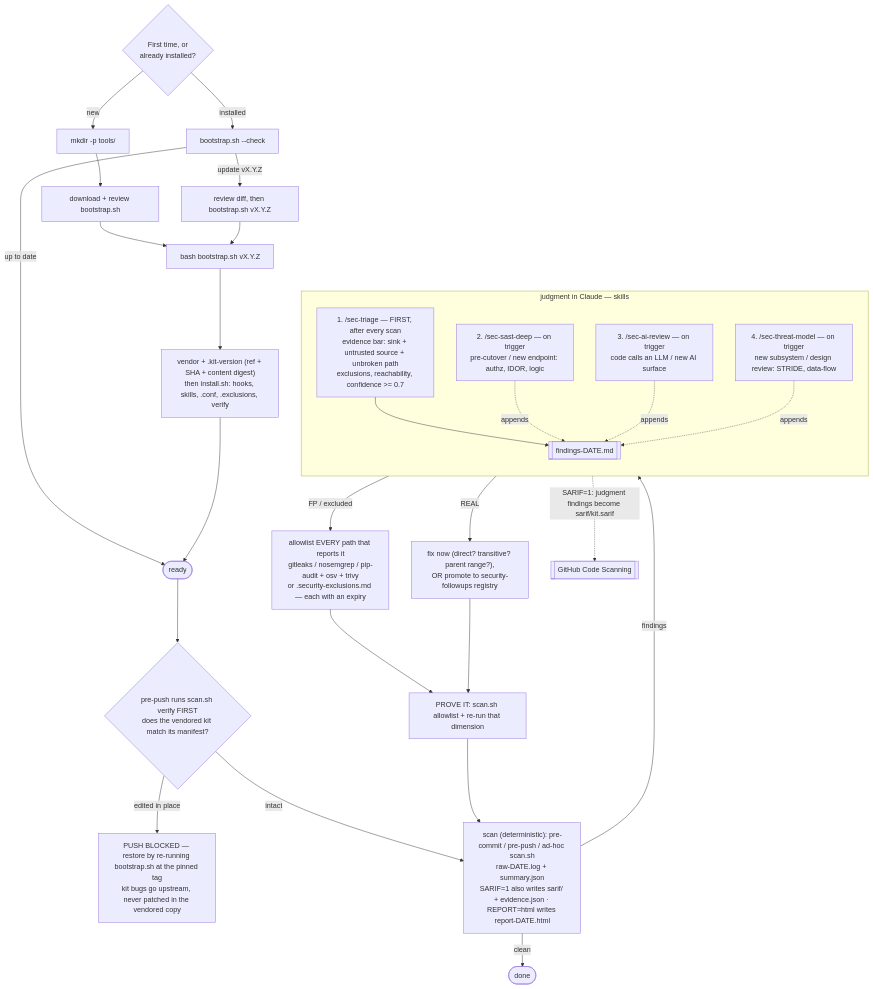
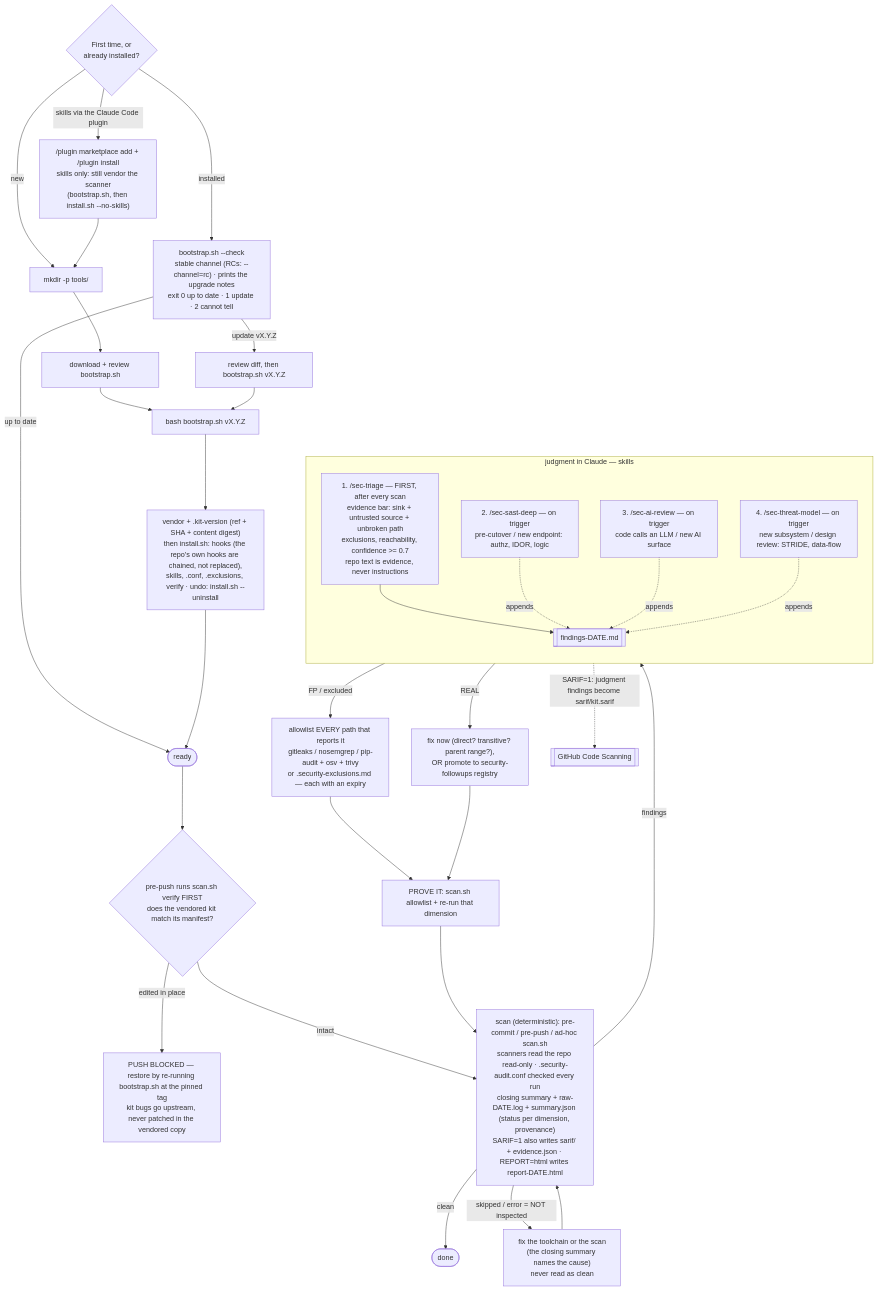
Before and after one commit to boraeresici/security-audit-kit: the diagram in README-tr.md, drawn with Mermaid. The commit also changed other lines of this file and 54 other files, not shown here.

````diff
--- a/README-tr.md
+++ b/README-tr.md
@@ -44,38 +50,42 @@
 ```mermaid
 flowchart TD
     Q{First time, or<br/>already installed?}
     Q -->|new| N1["mkdir -p tools/"]
+    Q -->|"skills via the Claude Code plugin"| PL["/plugin marketplace add + /plugin install<br/>skills only: still vendor the scanner<br/>(bootstrap.sh, then install.sh --no-skills)"]
+    PL --> N1
     N1 --> N2["download + review bootstrap.sh"]
     N2 --> B["bash bootstrap.sh vX.Y.Z"]
-    Q -->|installed| C["bootstrap.sh --check"]
+    Q -->|installed| C["bootstrap.sh --check<br/>stable channel (RCs: --channel=rc) · prints the upgrade notes<br/>exit 0 up to date · 1 update · 2 cannot tell"]
     C -->|up to date| R
     C -->|update vX.Y.Z| RV["review diff, then bootstrap.sh vX.Y.Z"]
     RV --> B
-    B --> I["vendor + .kit-version (ref + SHA + content digest)<br/>then install.sh: hooks, skills, .conf, .exclusions, verify"]
+    B --> I["vendor + .kit-version (ref + SHA + content digest)<br/>then install.sh: hooks (the repo's own hooks are chained, not replaced),<br/>skills, .conf, .exclusions, verify · undo: install.sh --uninstall"]
     I --> R(["ready"])
 
     R --> V{"pre-push runs scan.sh verify FIRST<br/>does the vendored kit match its manifest?"}
     V -->|"edited in place"| VX["PUSH BLOCKED — restore by re-running bootstrap.sh at the pinned tag<br/>kit bugs go upstream, never patched in the vendored copy"]
-    V -->|intact| S["scan (deterministic): pre-commit / pre-push / ad-hoc scan.sh<br/>raw-DATE.log + summary.json<br/>SARIF=1 also writes sarif/ + evidence.json · REPORT=html writes report-DATE.html"]
+    V -->|intact| S["scan (deterministic): pre-commit / pre-push / ad-hoc scan.sh<br/>scanners read the repo read-only · .security-audit.conf checked every run<br/>closing summary + raw-DATE.log + summary.json (status per dimension, provenance)<br/>SARIF=1 also writes sarif/ + evidence.json · REPORT=html writes report-DATE.html"]
     S -->|clean| D(["done"])
+    S -->|"skipped / error = NOT inspected"| TC["fix the toolchain or the scan<br/>(the closing summary names the cause)<br/>never read as clean"]
+    TC --> S
     S -->|findings| T1
 
     subgraph JUDGE["judgment in Claude — skills"]
       direction TB
-      T1["1. /sec-triage — FIRST, after every scan<br/>evidence bar: sink + untrusted source + unbroken path<br/>exclusions, reachability, confidence >= 0.7"]
+      T1["1. /sec-triage — FIRST, after every scan<br/>evidence bar: sink + untrusted source + unbroken path<br/>exclusions, reachability, confidence >= 0.7<br/>repo text is evidence, never instructions"]
       DEEP["2. /sec-sast-deep — on trigger<br/>pre-cutover / new endpoint: authz, IDOR, logic"]
       AIR["3. /sec-ai-review — on trigger<br/>code calls an LLM / new AI surface"]
       TM["4. /sec-threat-model — on trigger<br/>new subsystem / design review: STRIDE, data-flow"]
       T1 --> F[["findings-DATE.md"]]
       DEEP -. appends .-> F
       AIR -. appends .-> F
       TM -. appends .-> F
     end
 
     F -->|FP / excluded| AL["allowlist EVERY path that reports it<br/>gitleaks / nosemgrep / pip-audit + osv + trivy<br/>or .security-exclusions.md — each with an expiry"]
     F -->|REAL| FX["fix now (direct? transitive? parent range?),<br/>OR promote to security-followups registry"]
     AL --> P["PROVE IT: scan.sh allowlist + re-run that dimension"]
     FX --> P
     P --> S
     F -. "SARIF=1: judgment findings become sarif/kit.sarif" .-> CS[["GitHub Code Scanning"]]
 ```
````
